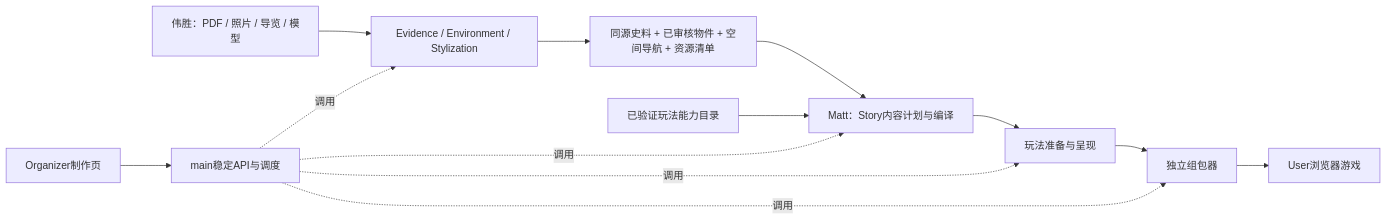
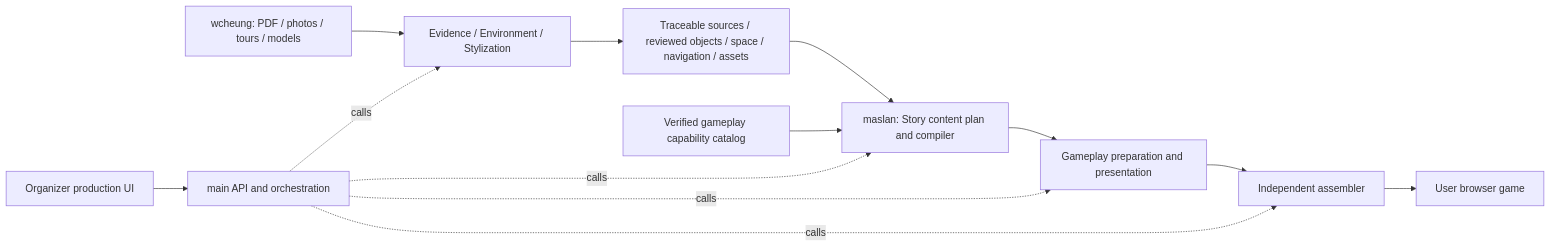
One commit to Psyche0920/PastPort changed the diagram in handoff.md. Above: the diagram before and after it, drawn with Mermaid. The commit also changed other lines of this file and 2 other files, not shown here.

Commit message:
Write English handoff for wcheung and maslan

````diff
--- a/handoff.md
+++ b/handoff.md
@@ -9,15 +9,15 @@
 ```mermaid
 flowchart LR
-    A[伟胜：PDF / 照片 / 导览 / 模型] --> B[Evidence / Environment / Stylization]
-    B --> C[同源史料 + 已审核物件 + 空间导航 + 资源清单]
-    C --> D[Matt：Story内容计划与编译]
-    E[已验证玩法能力目录] --> D
-    D --> F[玩法准备与呈现]
-    F --> G[独立组包器]
-    G --> H[User浏览器游戏]
-    O[Organizer制作页] --> M[main稳定API与调度]
-    M -.调用.-> B
-    M -.调用.-> D
-    M -.调用.-> F
-    M -.调用.-> G
+    A[wcheung: PDF / photos / tours / models] --> B[Evidence / Environment / Stylization]
+    B --> C[Traceable sources / reviewed objects / space / navigation / assets]
+    C --> D[maslan: Story content plan and compiler]
+    E[Verified gameplay capability catalog] --> D
+    D --> F[Gameplay preparation and presentation]
+    F --> G[Independent assembler]
+    G --> H[User browser game]
+    O[Organizer production UI] --> M[main API and orchestration]
+    M -.calls.-> B
+    M -.calls.-> D
+    M -.calls.-> F
+    M -.calls.-> G
 ```
````
